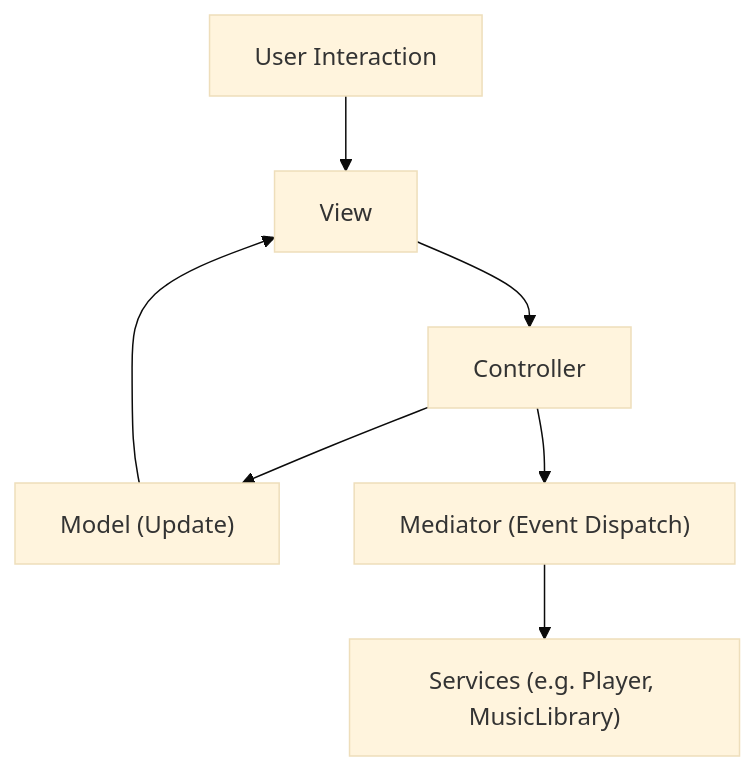
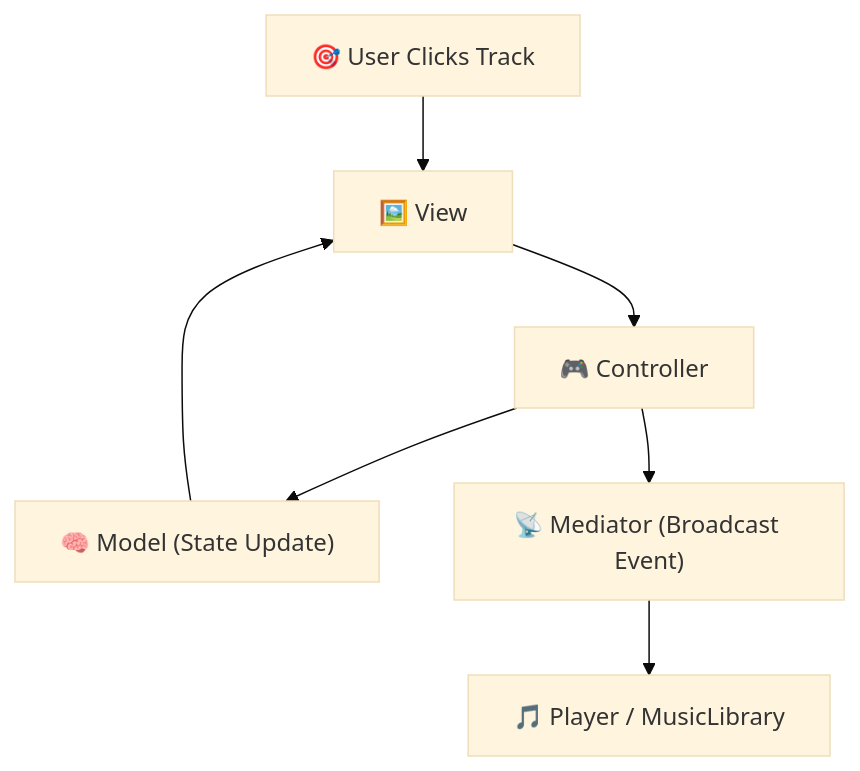
The diagram in docs/architecture.md (AlexPlec/Audio-256), drawn with Mermaid (base theme) before and after one commit. The commit also changed other lines of this file, not shown here.

First line of the commit message:
Revise architecture docs for clarity and structure

````diff
--- a/docs/architecture.md
+++ b/docs/architecture.md
@@ -49,9 +52,9 @@
 ```mermaid
 graph TD
-  A["User Interaction"] --> B["View"]
-  B --> C["Controller"]
-  C --> D["Model (Update)"]
-  C --> E["Mediator (Event Dispatch)"]
-  E --> F["Services (e.g. Player, MusicLibrary)"]
+  A["🎯 User Clicks Track"] --> B["🖼️ View"]
+  B --> C["🎮 Controller"]
+  C --> D["🧠 Model (State Update)"]
+  C --> E["📡 Mediator (Broadcast Event)"]
+  E --> F["🎵 Player / MusicLibrary"]
   D --> B
 ```
````
